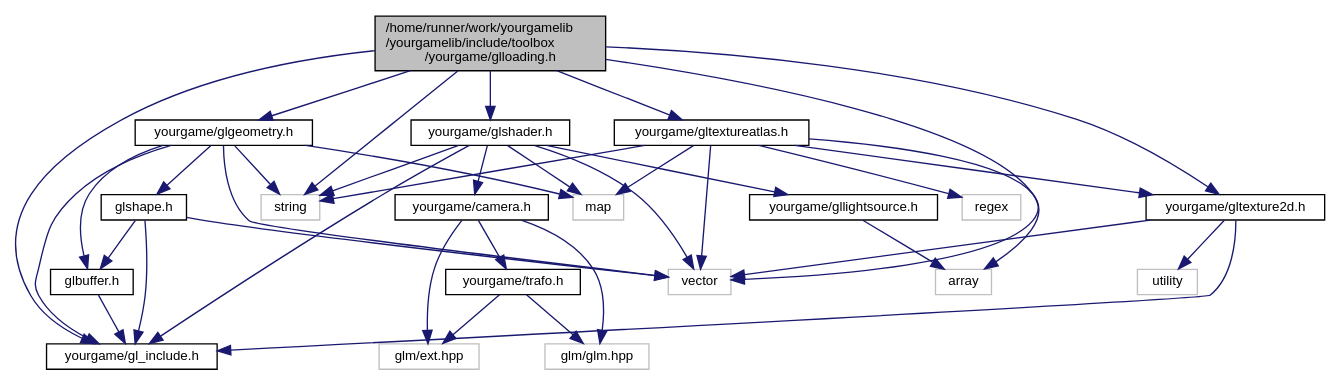
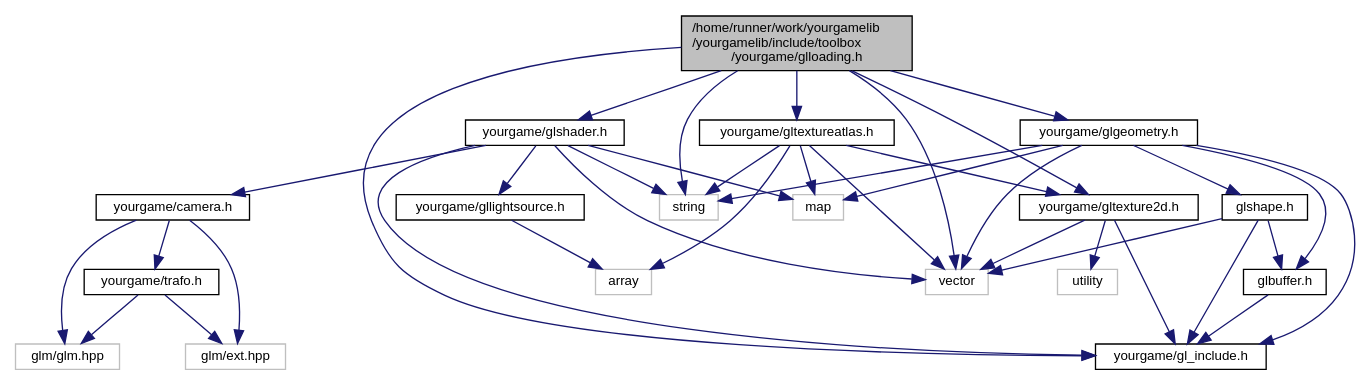
One commit to duddel/yourgamelib changed the diagram in glloading_8h__incl.dot. Above: the diagram before and after it, drawn with Graphviz. The commit also changed 46 other files, not shown here.

```diff
--- a/glloading_8h__incl.dot
+++ b/glloading_8h__incl.dot
@@ -1,62 +1,60 @@
 digraph "/home/runner/work/yourgamelib/yourgamelib/include/toolbox/yourgame/glloading.h"
 {
   edge [fontname="Helvetica",fontsize="10",labelfontname="Helvetica",labelfontsize="10"];
   node [fontname="Helvetica",fontsize="10",shape=record];
   Node0 [label="/home/runner/work/yourgamelib\l/yourgamelib/include/toolbox\l/yourgame/glloading.h",height=0.2,width=0.4,color="black", fillcolor="grey75", style="filled", fontcolor="black"];
   Node0 -> Node1 [color="midnightblue",fontsize="10",style="solid",fontname="Helvetica"];
   Node1 [label="string",height=0.2,width=0.4,color="grey75", fillcolor="white", style="filled"];
   Node0 -> Node2 [color="midnightblue",fontsize="10",style="solid",fontname="Helvetica"];
   Node2 [label="vector",height=0.2,width=0.4,color="grey75", fillcolor="white", style="filled"];
   Node0 -> Node3 [color="midnightblue",fontsize="10",style="solid",fontname="Helvetica"];
   Node3 [label="yourgame/gl_include.h",height=0.2,width=0.4,color="black", fillcolor="white", style="filled",URL="$gl__include_8h.html"];
   Node0 -> Node4 [color="midnightblue",fontsize="10",style="solid",fontname="Helvetica"];
   Node4 [label="yourgame/glgeometry.h",height=0.2,width=0.4,color="black", fillcolor="white", style="filled",URL="$glgeometry_8h.html"];
   Node4 -> Node1 [color="midnightblue",fontsize="10",style="solid",fontname="Helvetica"];
   Node4 -> Node5 [color="midnightblue",fontsize="10",style="solid",fontname="Helvetica"];
   Node5 [label="map",height=0.2,width=0.4,color="grey75", fillcolor="white", style="filled"];
   Node4 -> Node2 [color="midnightblue",fontsize="10",style="solid",fontname="Helvetica"];
   Node4 -> Node3 [color="midnightblue",fontsize="10",style="solid",fontname="Helvetica"];
   Node4 -> Node6 [color="midnightblue",fontsize="10",style="solid",fontname="Helvetica"];
   Node6 [label="glbuffer.h",height=0.2,width=0.4,color="black", fillcolor="white", style="filled",URL="$glbuffer_8h.html"];
   Node6 -> Node3 [color="midnightblue",fontsize="10",style="solid",fontname="Helvetica"];
   Node4 -> Node7 [color="midnightblue",fontsize="10",style="solid",fontname="Helvetica"];
   Node7 [label="glshape.h",height=0.2,width=0.4,color="black", fillcolor="white", style="filled",URL="$glshape_8h.html"];
   Node7 -> Node2 [color="midnightblue",fontsize="10",style="solid",fontname="Helvetica"];
   Node7 -> Node3 [color="midnightblue",fontsize="10",style="solid",fontname="Helvetica"];
   Node7 -> Node6 [color="midnightblue",fontsize="10",style="solid",fontname="Helvetica"];
   Node0 -> Node8 [color="midnightblue",fontsize="10",style="solid",fontname="Helvetica"];
   Node8 [label="yourgame/glshader.h",height=0.2,width=0.4,color="black", fillcolor="white", style="filled",URL="$glshader_8h.html"];
   Node8 -> Node1 [color="midnightblue",fontsize="10",style="solid",fontname="Helvetica"];
   Node8 -> Node2 [color="midnightblue",fontsize="10",style="solid",fontname="Helvetica"];
   Node8 -> Node5 [color="midnightblue",fontsize="10",style="solid",fontname="Helvetica"];
   Node8 -> Node3 [color="midnightblue",fontsize="10",style="solid",fontname="Helvetica"];
   Node8 -> Node9 [color="midnightblue",fontsize="10",style="solid",fontname="Helvetica"];
   Node9 [label="yourgame/gllightsource.h",height=0.2,width=0.4,color="black", fillcolor="white", style="filled",URL="$gllightsource_8h.html"];
   Node9 -> Node10 [color="midnightblue",fontsize="10",style="solid",fontname="Helvetica"];
   Node10 [label="array",height=0.2,width=0.4,color="grey75", fillcolor="white", style="filled"];
   Node8 -> Node11 [color="midnightblue",fontsize="10",style="solid",fontname="Helvetica"];
   Node11 [label="yourgame/camera.h",height=0.2,width=0.4,color="black", fillcolor="white", style="filled",URL="$camera_8h.html"];
   Node11 -> Node12 [color="midnightblue",fontsize="10",style="solid",fontname="Helvetica"];
   Node12 [label="glm/glm.hpp",height=0.2,width=0.4,color="grey75", fillcolor="white", style="filled"];
   Node11 -> Node13 [color="midnightblue",fontsize="10",style="solid",fontname="Helvetica"];
   Node13 [label="glm/ext.hpp",height=0.2,width=0.4,color="grey75", fillcolor="white", style="filled"];
   Node11 -> Node14 [color="midnightblue",fontsize="10",style="solid",fontname="Helvetica"];
   Node14 [label="yourgame/trafo.h",height=0.2,width=0.4,color="black", fillcolor="white", style="filled",URL="$trafo_8h.html"];
   Node14 -> Node12 [color="midnightblue",fontsize="10",style="solid",fontname="Helvetica"];
   Node14 -> Node13 [color="midnightblue",fontsize="10",style="solid",fontname="Helvetica"];
   Node0 -> Node15 [color="midnightblue",fontsize="10",style="solid",fontname="Helvetica"];
   Node15 [label="yourgame/gltexture2d.h",height=0.2,width=0.4,color="black", fillcolor="white", style="filled",URL="$gltexture2d_8h.html"];
   Node15 -> Node2 [color="midnightblue",fontsize="10",style="solid",fontname="Helvetica"];
   Node15 -> Node16 [color="midnightblue",fontsize="10",style="solid",fontname="Helvetica"];
   Node16 [label="utility",height=0.2,width=0.4,color="grey75", fillcolor="white", style="filled"];
   Node15 -> Node3 [color="midnightblue",fontsize="10",style="solid",fontname="Helvetica"];
   Node0 -> Node17 [color="midnightblue",fontsize="10",style="solid",fontname="Helvetica"];
   Node17 [label="yourgame/gltextureatlas.h",height=0.2,width=0.4,color="black", fillcolor="white", style="filled",URL="$gltextureatlas_8h.html"];
   Node17 -> Node2 [color="midnightblue",fontsize="10",style="solid",fontname="Helvetica"];
   Node17 -> Node5 [color="midnightblue",fontsize="10",style="solid",fontname="Helvetica"];
   Node17 -> Node10 [color="midnightblue",fontsize="10",style="solid",fontname="Helvetica"];
   Node17 -> Node1 [color="midnightblue",fontsize="10",style="solid",fontname="Helvetica"];
-  Node17 -> Node18 [color="midnightblue",fontsize="10",style="solid",fontname="Helvetica"];
-  Node18 [label="regex",height=0.2,width=0.4,color="grey75", fillcolor="white", style="filled"];
   Node17 -> Node15 [color="midnightblue",fontsize="10",style="solid",fontname="Helvetica"];
 }
```
